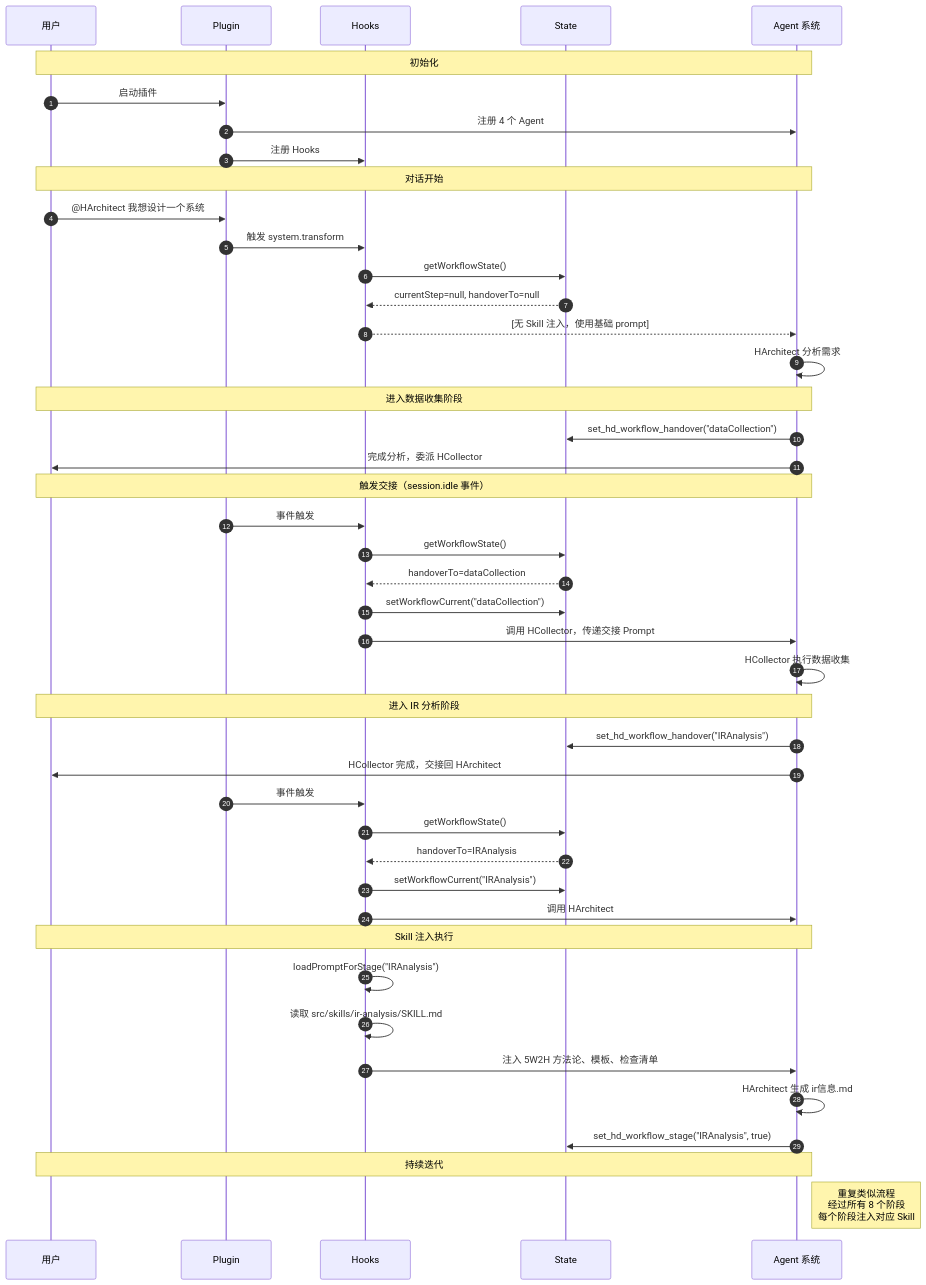
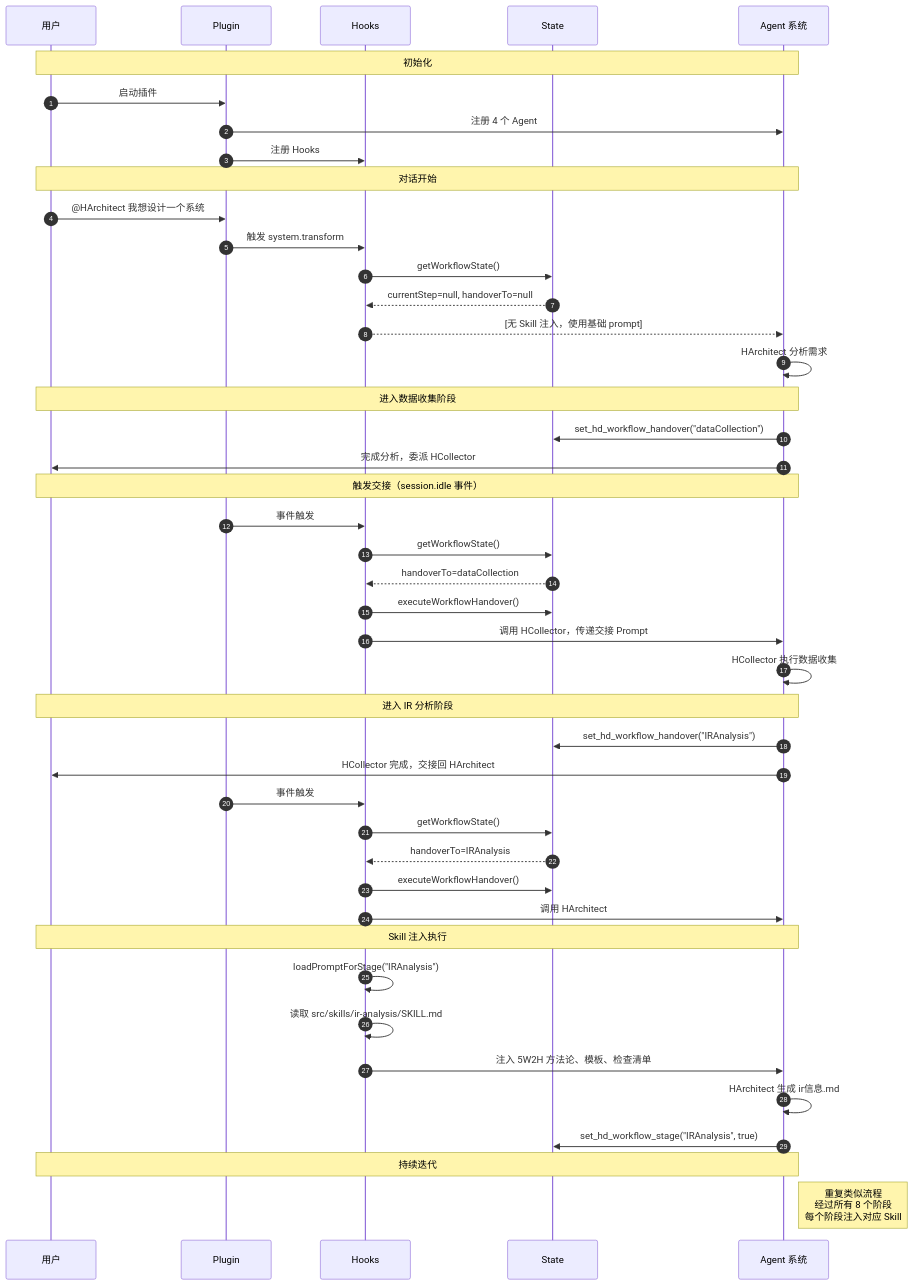
One commit to aiimoyu/hyper-designer changed the fourth of 4 diagrams in TECHNICAL_WIKI.md. Above: the diagram before and after it, drawn with Mermaid. The commit also changed other lines of this file and 1277 other files, not shown here.

````diff
--- a/TECHNICAL_WIKI.md
+++ b/TECHNICAL_WIKI.md
@@ -459,54 +668,54 @@
 ```mermaid
 sequenceDiagram
     autonumber
     participant U as 用户
     participant P as Plugin
     participant H as Hooks
     participant S as State
     participant Agents as Agent 系统
 
     Note over U,Agents: 初始化
     U->>P: 启动插件
     P->>Agents: 注册 4 个 Agent
     P->>H: 注册 Hooks
 
     Note over U,Agents: 对话开始
     U->>P: @HArchitect 我想设计一个系统
     P->>H: 触发 system.transform
     H->>S: getWorkflowState()
     S-->>H: currentStep=null, handoverTo=null
     H-->>Agents: [无 Skill 注入，使用基础 prompt]
     Agents->>Agents: HArchitect 分析需求
 
     Note over U,Agents: 进入数据收集阶段
     Agents->>S: set_hd_workflow_handover("dataCollection")
     Agents->>U: 完成分析，委派 HCollector
 
     Note over U,Agents: 触发交接（session.idle 事件）
     P->>H: 事件触发
     H->>S: getWorkflowState()
     S-->>H: handoverTo=dataCollection
-    H->>S: setWorkflowCurrent("dataCollection")
+    H->>S: executeWorkflowHandover()
     H->>Agents: 调用 HCollector，传递交接 Prompt
     Agents->>Agents: HCollector 执行数据收集
 
     Note over U,Agents: 进入 IR 分析阶段
     Agents->>S: set_hd_workflow_handover("IRAnalysis")
     Agents->>U: HCollector 完成，交接回 HArchitect
 
     P->>H: 事件触发
     H->>S: getWorkflowState()
     S-->>H: handoverTo=IRAnalysis
-    H->>S: setWorkflowCurrent("IRAnalysis")
+    H->>S: executeWorkflowHandover()
     H->>Agents: 调用 HArchitect
 
     Note over U,Agents: Skill 注入执行
     H->>H: loadPromptForStage("IRAnalysis")
     H->>H: 读取 src/skills/ir-analysis/SKILL.md
     H->>Agents: 注入 5W2H 方法论、模板、检查清单
     Agents->>Agents: HArchitect 生成 ir信息.md
     Agents->>S: set_hd_workflow_stage("IRAnalysis", true)
 
     Note over U,Agents: 持续迭代
     Note right of Agents: 重复类似流程<br/>经过所有 8 个阶段<br/>每个阶段注入对应 Skill
 ```
````
